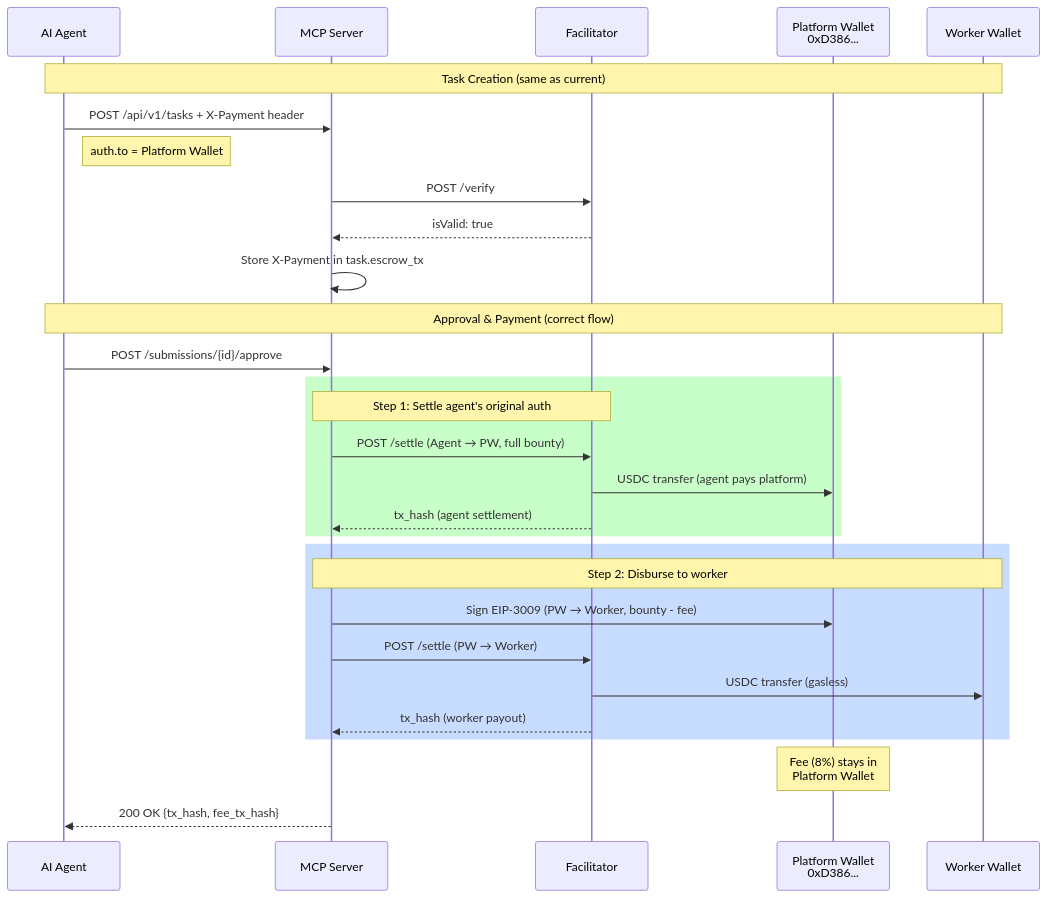
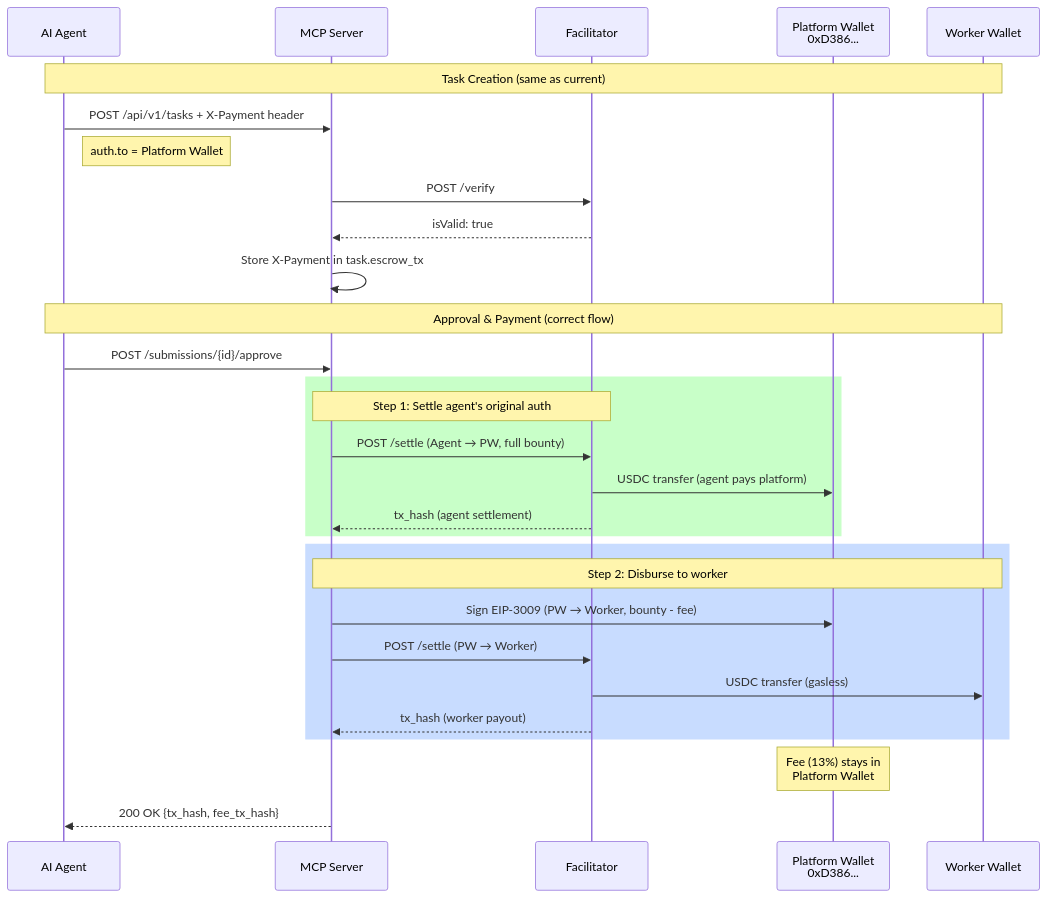
Before and after one commit to UltravioletaDAO/execution-market: the second of 5 diagrams in docs/planning/PAYMENT_ARCHITECTURE.md, drawn with Mermaid. The commit also changed other lines of this file and 65 other files, not shown here.

````diff
--- a/docs/planning/PAYMENT_ARCHITECTURE.md
+++ b/docs/planning/PAYMENT_ARCHITECTURE.md
@@ -47,36 +47,36 @@
 ```mermaid
 sequenceDiagram
     participant Agent as AI Agent
     participant MCP as MCP Server
     participant Fac as Facilitator
     participant PW as Platform Wallet<br/>0xD386...
     participant Worker as Worker Wallet
 
     Note over Agent,Worker: Task Creation (same as current)
     Agent->>MCP: POST /api/v1/tasks + X-Payment header
     Note right of Agent: auth.to = Platform Wallet
     MCP->>Fac: POST /verify
     Fac-->>MCP: isValid: true
     MCP->>MCP: Store X-Payment in task.escrow_tx
 
     Note over Agent,Worker: Approval & Payment (correct flow)
     Agent->>MCP: POST /submissions/{id}/approve
 
     rect rgb(200, 255, 200)
         Note over MCP,Fac: Step 1: Settle agent's original auth
         MCP->>Fac: POST /settle (Agent → PW, full bounty)
         Fac->>PW: USDC transfer (agent pays platform)
         Fac-->>MCP: tx_hash (agent settlement)
     end
 
     rect rgb(200, 220, 255)
         Note over MCP,Worker: Step 2: Disburse to worker
         MCP->>PW: Sign EIP-3009 (PW → Worker, bounty - fee)
         MCP->>Fac: POST /settle (PW → Worker)
         Fac->>Worker: USDC transfer (gasless)
         Fac-->>MCP: tx_hash (worker payout)
     end
 
-    Note over PW: Fee (8%) stays in<br/>Platform Wallet
+    Note over PW: Fee (13%) stays in<br/>Platform Wallet
     MCP-->>Agent: 200 OK {tx_hash, fee_tx_hash}
 ```
````
